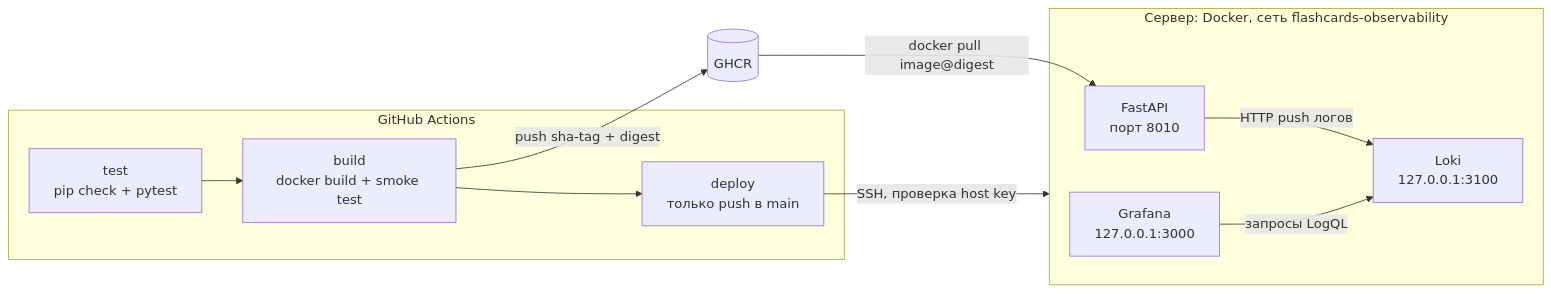
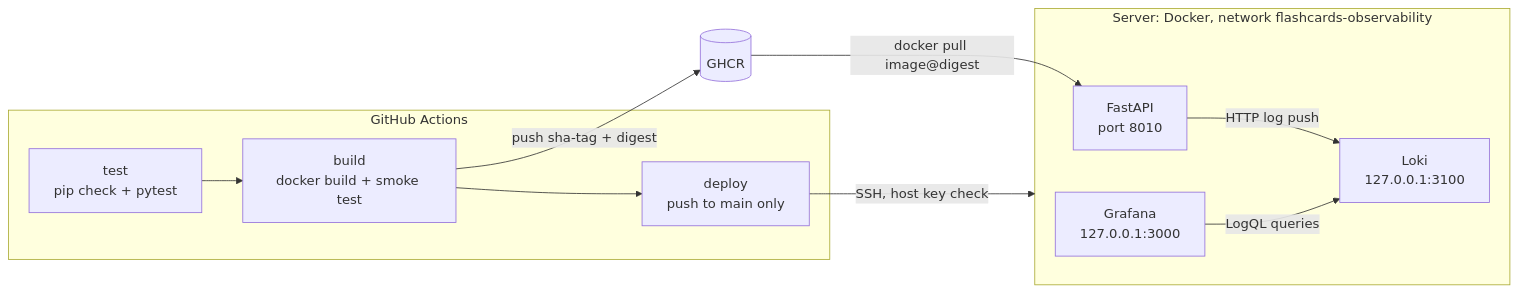
One commit to eliv1982/ai-learning-flashcards-api changed the diagram in README.md. Above: the diagram before and after it, drawn with Mermaid. The commit also changed other lines of this file and 3 other files, not shown here.

````diff
--- a/README.md
+++ b/README.md
@@ -22,14 +22,14 @@
 ```mermaid
 flowchart LR
     subgraph GH["GitHub Actions"]
         T["test<br/>pip check + pytest"] --> B["build<br/>docker build + smoke test"]
-        B --> D["deploy<br/>только push в main"]
+        B --> D["deploy<br/>push to main only"]
     end
     B -- "push sha-tag + digest" --> R[("GHCR")]
-    D -- "SSH, проверка host key" --> S
+    D -- "SSH, host key check" --> S
     R -- "docker pull image@digest" --> A
-    subgraph S["Сервер: Docker, сеть flashcards-observability"]
-        A["FastAPI<br/>порт 8010"] -- "HTTP push логов" --> L["Loki<br/>127.0.0.1:3100"]
-        G["Grafana<br/>127.0.0.1:3000"] -- "запросы LogQL" --> L
+    subgraph S["Server: Docker, network flashcards-observability"]
+        A["FastAPI<br/>port 8010"] -- "HTTP log push" --> L["Loki<br/>127.0.0.1:3100"]
+        G["Grafana<br/>127.0.0.1:3000"] -- "LogQL queries" --> L
     end
 ```
````
